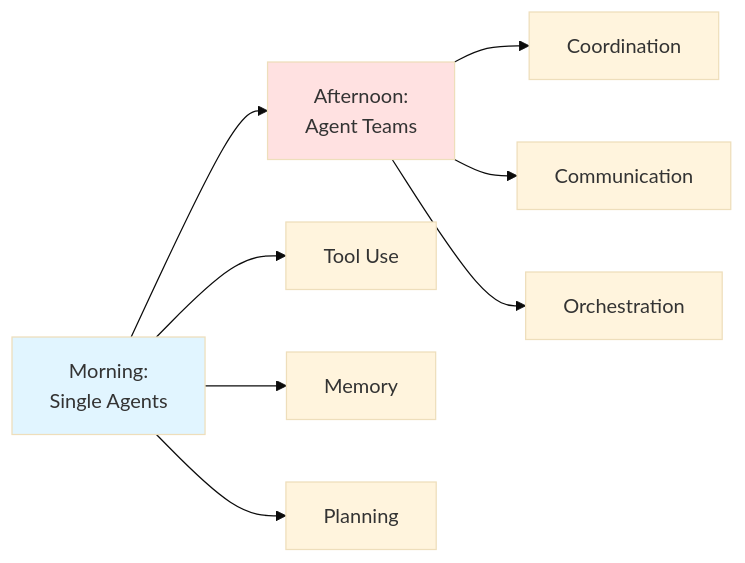
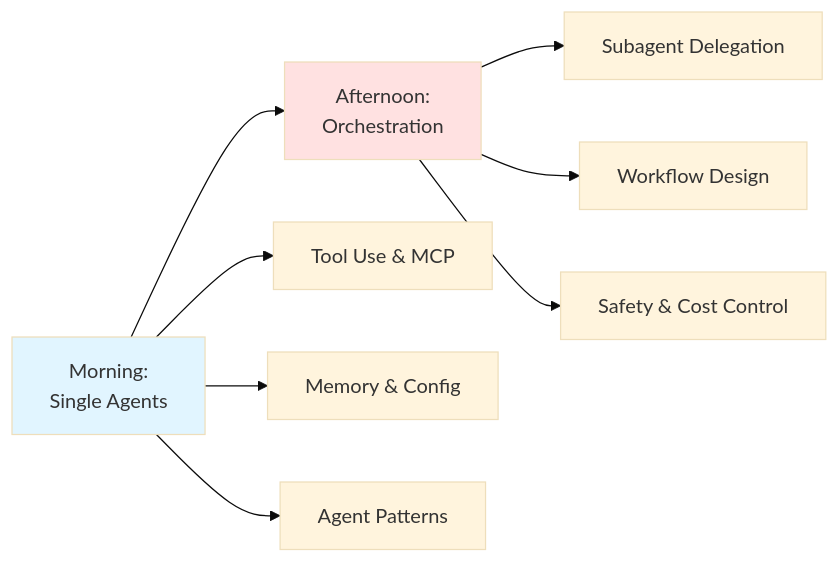
The fifth of 5 diagrams in public/data/workshops/workshop-04-morning-ai-agents/00_introduction.md (DreamLab-AI/dreamlab-ai-website), drawn with Mermaid (base theme) before and after one commit. The commit also changed other lines of this file and 111 other files, not shown here.

````diff
--- a/public/data/workshops/workshop-04-morning-ai-agents/00_introduction.md
+++ b/public/data/workshops/workshop-04-morning-ai-agents/00_introduction.md
@@ -215,15 +232,15 @@
 ```mermaid
 graph LR
-    A[Morning:<br/>Single Agents] --> B[Afternoon:<br/>Agent Teams]
+    A[Morning:<br/>Single Agents] --> B[Afternoon:<br/>Orchestration]
 
-    A --> A1[Tool Use]
-    A --> A2[Memory]
-    A --> A3[Planning]
+    A --> A1[Tool Use & MCP]
+    A --> A2[Memory & Config]
+    A --> A3[Agent Patterns]
 
-    B --> B1[Coordination]
-    B --> B2[Communication]
-    B --> B3[Orchestration]
+    B --> B1[Subagent Delegation]
+    B --> B2[Workflow Design]
+    B --> B3[Safety & Cost Control]
 
     style A fill:#e1f5ff
     style B fill:#ffe1e1
 ```
````
